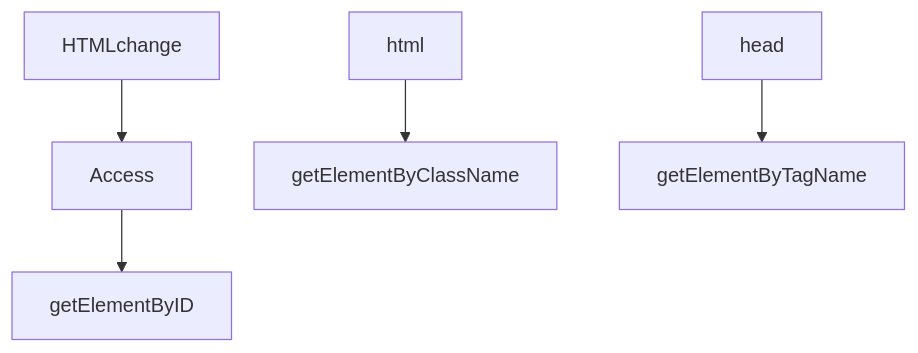
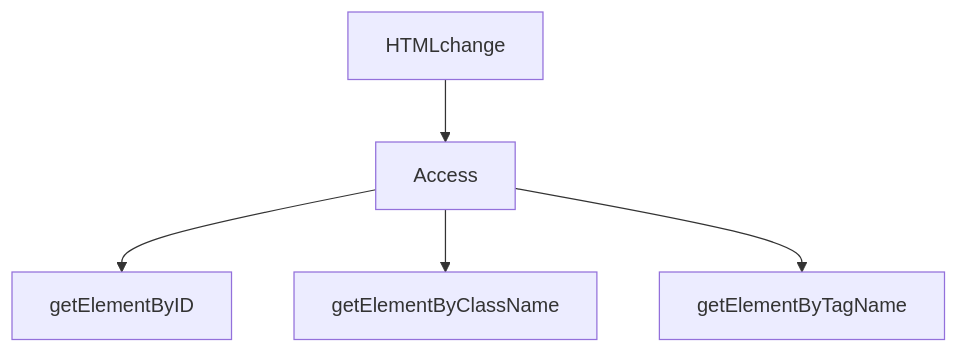
One commit to siddharthkumarrai/Javascript_guide changed the second of 2 diagrams in DOM.md. Above: the diagram before and after it, drawn with Mermaid.

````diff
--- a/DOM.md
+++ b/DOM.md
@@ -27,9 +27,9 @@
 ```mermaid
 graph TB;
 
     HTMLchange --> Access;
     Access --> getElementByID;
-    html --> getElementByClassName;
-    head --> getElementByTagName;
+    Access --> getElementByClassName;
+    Access --> getElementByTagName;
 
 ```
````
